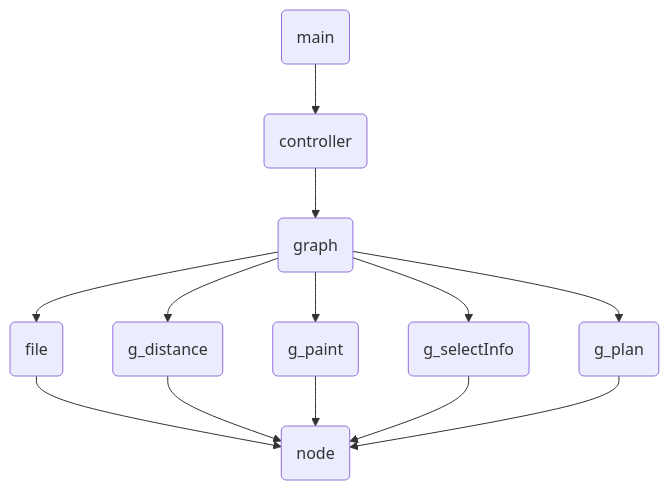
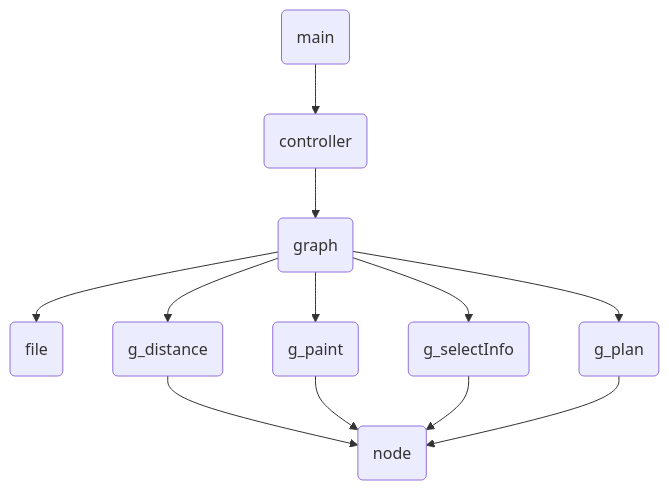
One commit to ChengKer/2020NjuDataStructureProject changed the diagram in README.md. Above: the diagram before and after it, drawn with Mermaid. The commit also changed other lines of this file, not shown here.

````diff
--- a/README.md
+++ b/README.md
@@ -6,24 +6,23 @@
 ```mermaid
 graph TB
 a1(main)
 a2(controller)
 a1-->a2
 a3(graph)
 a2-->a3
 a4(file)
 a3-->a4
 a5(g_distance)
 a3-->a5
 a6(g_paint)
 a3-->a6
 a7(g_selectInfo)
 a3-->a7
 a8(g_plan)
 a3-->a8
 a10(node)
-a4-->a10
 a5-->a10
 a6-->a10
 a7-->a10
 a8-->a10
 ```
````
